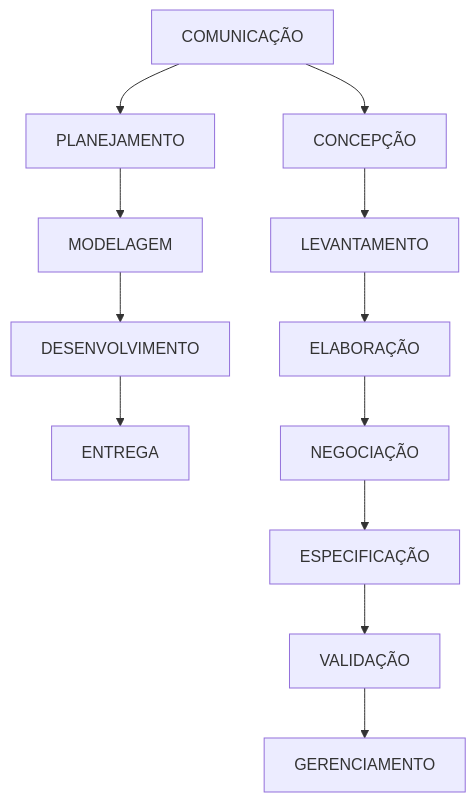
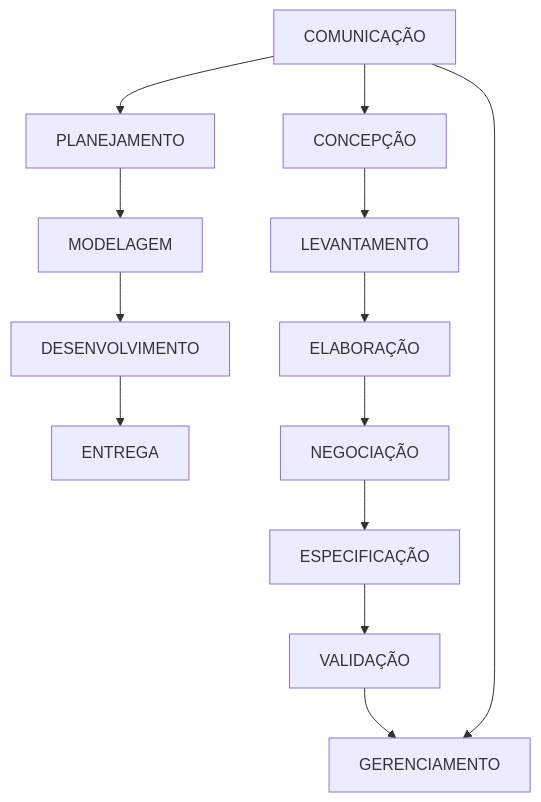
Before and after one commit to ericmds/3-Semestre: the diagram in Engenharia e Requisitos de Software/Aula 06 - 26.03.25.md, drawn with Mermaid.

Commit message:
Update Aula 06 - 26.03.25.md

````diff
--- a/Engenharia e Requisitos de Software/Aula 06 - 26.03.25.md
+++ b/Engenharia e Requisitos de Software/Aula 06 - 26.03.25.md
@@ -2,14 +2,15 @@
 ```mermaid
 graph TD;
   COMUNICAÇÃO-->PLANEJAMENTO
   PLANEJAMENTO-->MODELAGEM
   MODELAGEM-->DESENVOLVIMENTO
   DESENVOLVIMENTO-->ENTREGA
   COMUNICAÇÃO-->CONCEPÇÃO
   CONCEPÇÃO-->LEVANTAMENTO
   LEVANTAMENTO-->ELABORAÇÃO
   ELABORAÇÃO-->NEGOCIAÇÃO
   NEGOCIAÇÃO-->ESPECIFICAÇÃO
   ESPECIFICAÇÃO-->VALIDAÇÃO
   VALIDAÇÃO-->GERENCIAMENTO
+  COMUNICAÇÃO-->GERENCIAMENTO
 ```
````
